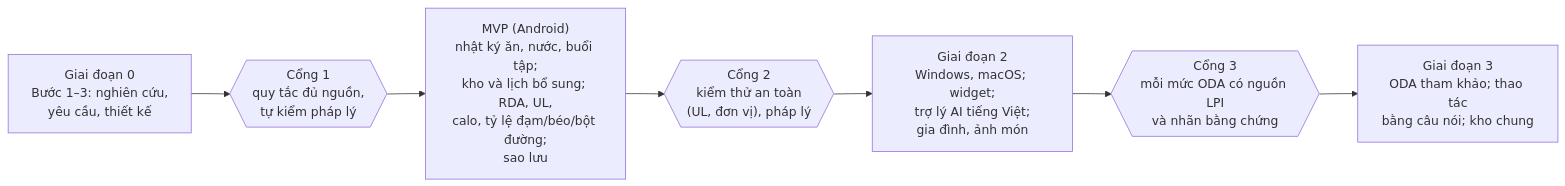
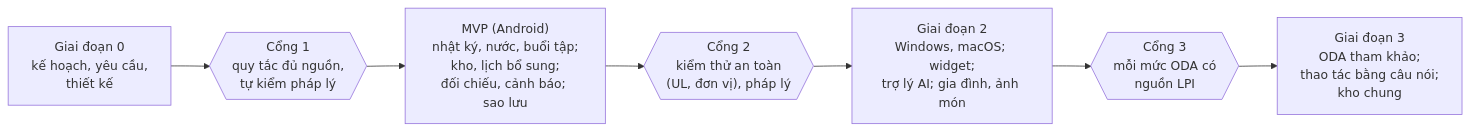
One commit to anhdt9/wholewell-app changed the first of 2 diagrams in docs/plan.md. Above: the diagram before and after it, drawn with Mermaid. The commit also changed other lines of this file and 3 other files, not shown here.

First line of the commit message:
Viết lại plan gọn; thêm chuẩn vận động, nguồn NASEM gốc, FDA; kiểm nguồn qua Claude in Chrome

````diff
--- a/docs/plan.md
+++ b/docs/plan.md
@@ -90,9 +80,9 @@
 ```mermaid
 flowchart LR
-  G0["Giai đoạn 0<br/>Bước 1–3: nghiên cứu,<br/>yêu cầu, thiết kế"] --> C1{{"Cổng 1<br/>quy tắc đủ nguồn,<br/>tự kiểm pháp lý"}}
-  C1 --> MVP["MVP (Android)<br/>nhật ký ăn, nước, buổi tập;<br/>kho và lịch bổ sung; RDA, UL,<br/>calo, tỷ lệ đạm/béo/bột đường;<br/>sao lưu"]
+  G0["Giai đoạn 0<br/>kế hoạch, yêu cầu,<br/>thiết kế"] --> C1{{"Cổng 1<br/>quy tắc đủ nguồn,<br/>tự kiểm pháp lý"}}
+  C1 --> MVP["MVP (Android)<br/>nhật ký, nước, buổi tập;<br/>kho, lịch bổ sung;<br/>đối chiếu, cảnh báo; sao lưu"]
   MVP --> C2{{"Cổng 2<br/>kiểm thử an toàn<br/>(UL, đơn vị), pháp lý"}}
-  C2 --> G2["Giai đoạn 2<br/>Windows, macOS; widget;<br/>trợ lý AI tiếng Việt;<br/>gia đình, ảnh món"]
-  G2 --> C3{{"Cổng 3<br/>mỗi mức ODA có nguồn LPI<br/>và nhãn bằng chứng"}}
-  C3 --> G3["Giai đoạn 3<br/>ODA tham khảo; thao tác<br/>bằng câu nói; kho chung"]
+  C2 --> G2["Giai đoạn 2<br/>Windows, macOS; widget;<br/>trợ lý AI; gia đình, ảnh món"]
+  G2 --> C3{{"Cổng 3<br/>mỗi mức ODA có<br/>nguồn LPI"}}
+  C3 --> G3["Giai đoạn 3<br/>ODA tham khảo;<br/>thao tác bằng câu nói;<br/>kho chung"]
 ```
````
